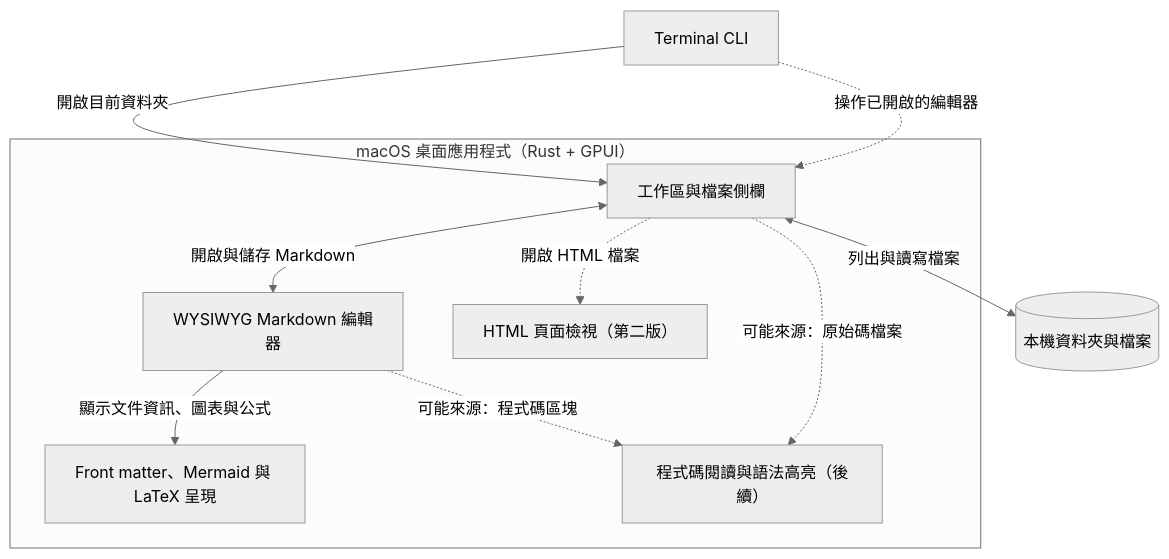
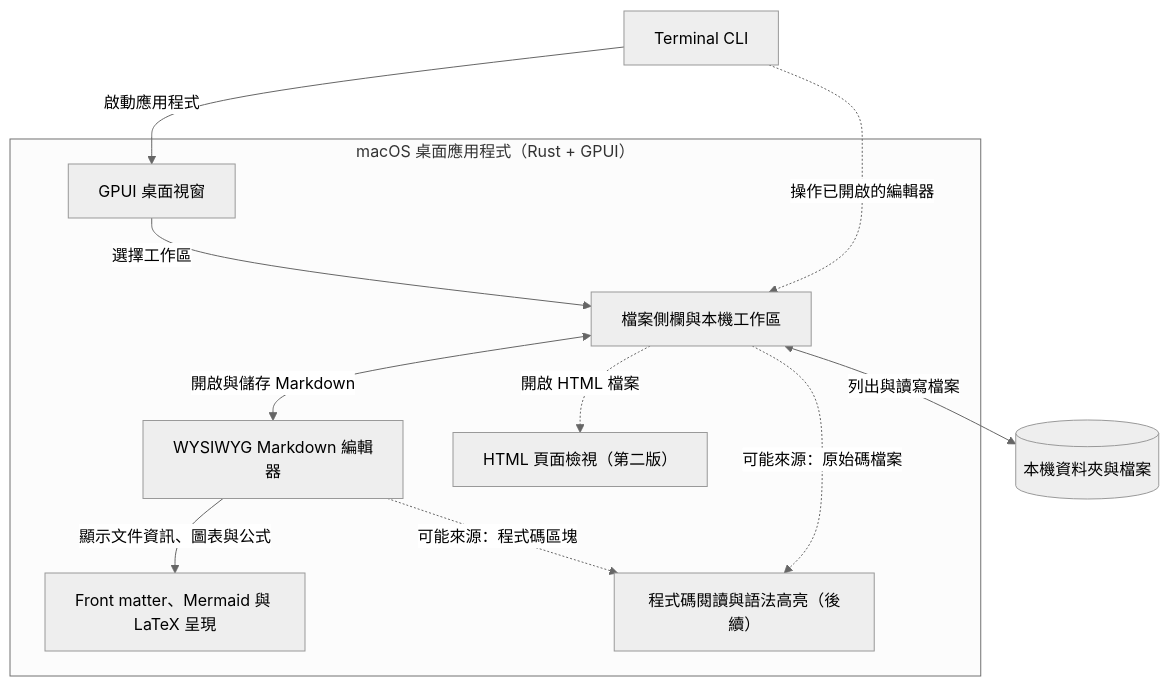
Before and after one commit to narumiruna/gpui-editor: the diagram in docs/prd/gpui-editor.md, drawn with Mermaid (neutral theme). The commit also changed other lines of this file and 1 other file, not shown here.

Commit message:
docs: record Markdown document architecture

````diff
--- a/docs/prd/gpui-editor.md
+++ b/docs/prd/gpui-editor.md
@@ -32,22 +42,24 @@
 ```mermaid
 flowchart TD
     cli["Terminal CLI"]
     files[("本機資料夾與檔案")]
 
     subgraph app["macOS 桌面應用程式（Rust + GPUI）"]
-        workspace["工作區與檔案側欄"]
+        window["GPUI 桌面視窗"]
+        workspace["檔案側欄與本機工作區"]
         markdown["WYSIWYG Markdown 編輯器"]
         render["Front matter、Mermaid 與 LaTeX 呈現"]
         html["HTML 頁面檢視（第二版）"]
         code["程式碼閱讀與語法高亮（後續）"]
     end
 
-    cli -->|開啟目前資料夾| workspace
+    cli -->|啟動應用程式| window
+    window -->|選擇工作區| workspace
     workspace <-->|列出與讀寫檔案| files
     workspace <-->|開啟與儲存 Markdown| markdown
     markdown -->|顯示文件資訊、圖表與公式| render
     workspace -.->|開啟 HTML 檔案| html
     cli -.->|操作已開啟的編輯器| workspace
     markdown -.->|可能來源：程式碼區塊| code
     workspace -.->|可能來源：原始碼檔案| code
 ```
````
